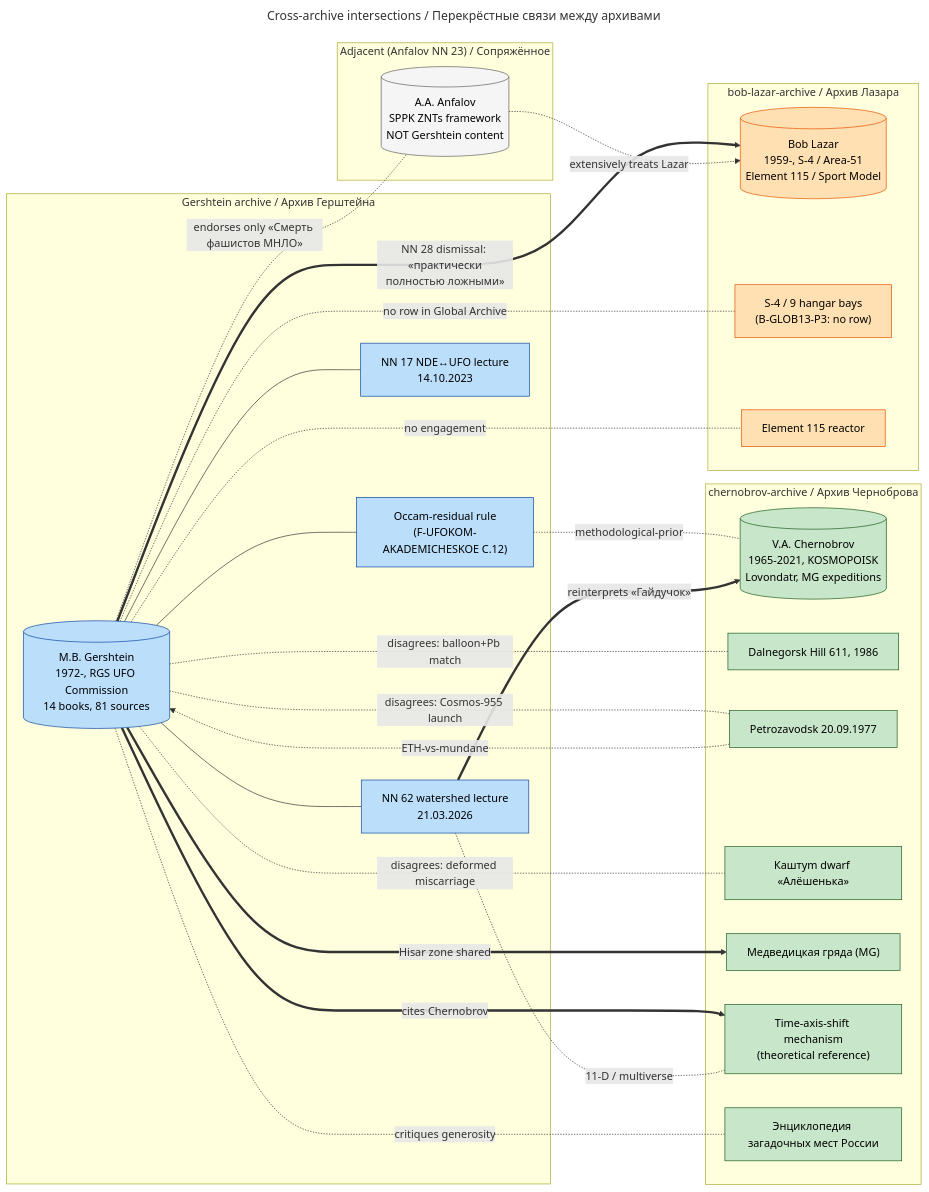
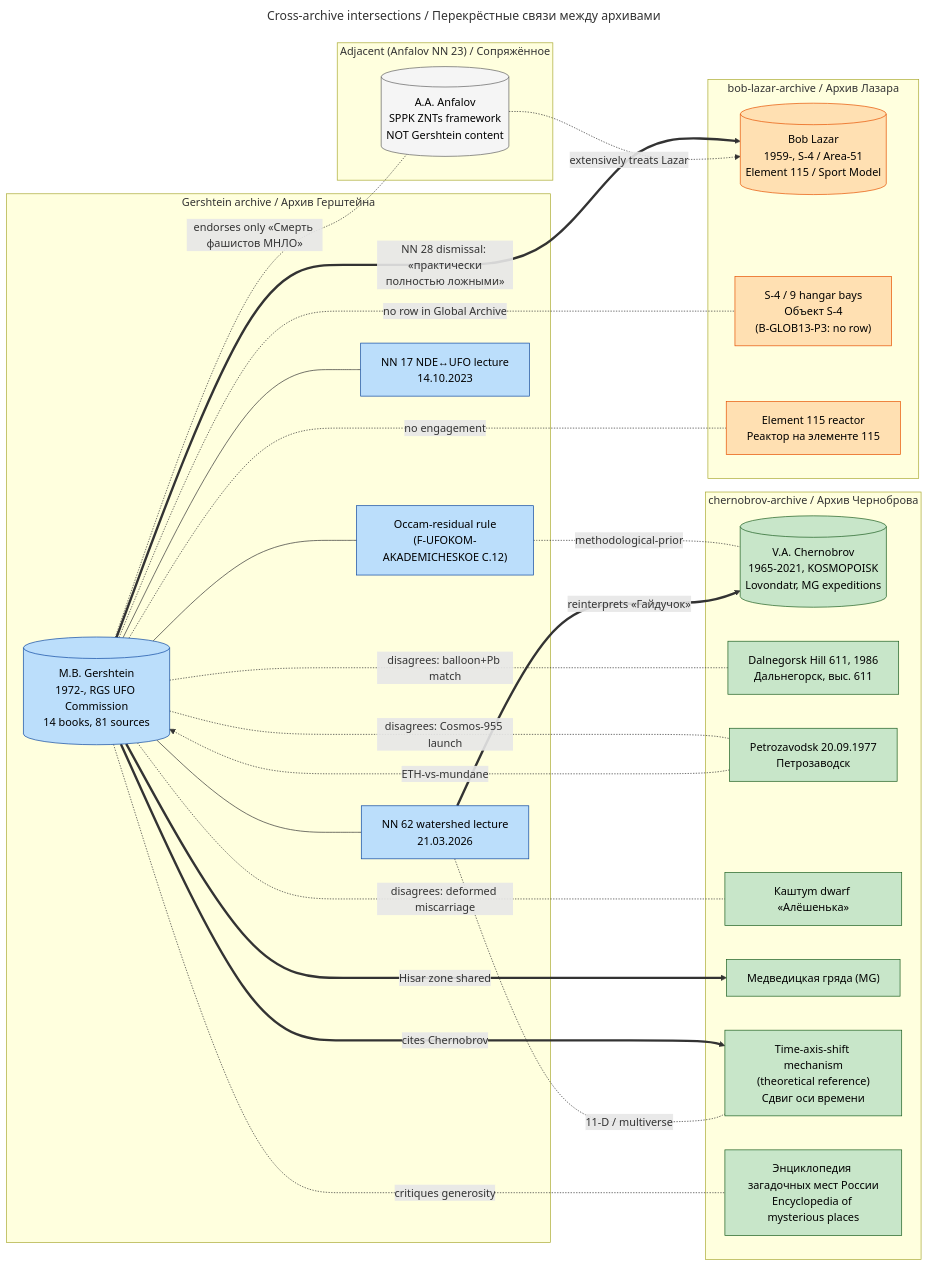
One commit to AdvancedScientificResearchProjects/UAP_Reverse_Engineering_Study changed the diagram in gershtein-archive/diagrams/cross_archive_intersections.mmd. Above: the diagram before and after it, drawn with Mermaid. The commit also changed 2 other files, not shown here.

Commit message:
fix(uap/gershtein): v0.5.5 — bilingual gaps in 3 diagram files (v3 audit residuals)
Per v3 bilingual re-audit (stricter scrutiny):

- numerical_params_table.svg footer line 3: RU mirror added (parity with
  lines 1-2; resolves MED-severity gap)
- cross_archive_intersections.mmd nodes DAL/PETR/TIME/ENC/S4/E115:
  bilingual EN/RU labels via <br/> separator (matches ALYO/MG sibling style)
- soviet_program_chain.mmd LATE subgraph title: bilingual EN/RU
  (parity with PRE/SETKA/POST/EXFIL convention)

PNG renders in rendered/ slightly stale until regenerate (label additions
only; visual narrative unchanged).

```diff
--- a/gershtein-archive/diagrams/cross_archive_intersections.mmd
+++ b/gershtein-archive/diagrams/cross_archive_intersections.mmd
@@ -1,68 +1,68 @@
 ---
 title: "Cross-archive intersections / Перекрёстные связи между архивами"
 ---
 %% EN: Edges from Gershtein corpus to chernobrov-archive and bob-lazar-archive.
 %% Solid edge = direct citation; dashed edge = methodological-prior disagreement;
 %% dotted edge = adjacent / curatorial-scope only.
 %% Source: §12 of MASTER (CROSS_chernobrov.md, CROSS_lazar.md citation maps).
 %% RU: Связи корпуса Герштейна с архивами Черноброва и Лазара.
 graph LR
     subgraph G["Gershtein archive / Архив Герштейна"]
         GS[("M.B. Gershtein<br/>1972-, RGS UFO Commission<br/>14 books, 81 sources")]
         OCCAM["Occam-residual rule<br/>(F-UFOKOM-AKADEMICHESKOE C.12)"]
         NN62["NN 62 watershed lecture<br/>21.03.2026"]
         NN17["NN 17 NDE↔UFO lecture<br/>14.10.2023"]
     end
 
     subgraph C["chernobrov-archive / Архив Черноброва"]
         CB[("V.A. Chernobrov<br/>1965-2021, KOSMOPOISK<br/>Lovondatr, MG expeditions")]
-        DAL["Dalnegorsk Hill 611, 1986"]
-        PETR["Petrozavodsk 20.09.1977"]
+        DAL["Dalnegorsk Hill 611, 1986<br/>Дальнегорск, выс. 611"]
+        PETR["Petrozavodsk 20.09.1977<br/>Петрозаводск"]
         ALYO["Кaштym dwarf «Алёшенька»"]
         MG["Медведицкая гряда (MG)"]
-        TIME["Time-axis-shift mechanism<br/>(theoretical reference)"]
-        ENC["Энциклопедия загадочных мест России"]
+        TIME["Time-axis-shift mechanism<br/>(theoretical reference)<br/>Сдвиг оси времени"]
+        ENC["Энциклопедия загадочных мест России<br/>Encyclopedia of mysterious places"]
     end
 
     subgraph L["bob-lazar-archive / Архив Лазара"]
         BL[("Bob Lazar<br/>1959-, S-4 / Area-51<br/>Element 115 / Sport Model")]
-        S4["S-4 / 9 hangar bays<br/>(B-GLOB13-P3: no row)"]
-        E115["Element 115 reactor"]
+        S4["S-4 / 9 hangar bays<br/>Объект S-4<br/>(B-GLOB13-P3: no row)"]
+        E115["Element 115 reactor<br/>Реактор на элементе 115"]
     end
 
     subgraph A["Adjacent (Anfalov NN 23) / Сопряжённое"]
         ANF[("A.A. Anfalov<br/>SPPK ZNTs framework<br/>NOT Gershtein content")]
     end
 
     GS --- OCCAM
     GS --- NN62
     GS --- NN17
 
     OCCAM -. methodological-prior .- CB
     PETR -. ETH-vs-mundane .-> GS
     GS -.disagrees: Cosmos-955 launch.- PETR
     GS -.disagrees: balloon+Pb match.- DAL
     GS -.disagrees: deformed miscarriage.- ALYO
     GS ==>|Hisar zone shared| MG
     GS ==>|cites Chernobrov| TIME
     NN62 ==>|reinterprets «Гайдучок»| CB
     GS -.critiques generosity.- ENC
 
     NN62 -. 11-D / multiverse .- TIME
 
     GS ==>|NN 28 dismissal: «практически<br/>полностью ложными»| BL
     GS -.no row in Global Archive.- S4
     GS -.no engagement.- E115
 
     ANF -. extensively treats Lazar .-> BL
     GS -.endorses only «Смерть фашистов МНЛО».- ANF
 
     classDef ger fill:#bbdefb,stroke:#0d47a1,color:#000
     classDef chr fill:#c8e6c9,stroke:#1b5e20,color:#000
     classDef laz fill:#ffe0b2,stroke:#e65100,color:#000
     classDef adj fill:#f5f5f5,stroke:#616161,color:#000
 
     class GS,OCCAM,NN62,NN17 ger
     class CB,DAL,PETR,ALYO,MG,TIME,ENC chr
     class BL,S4,E115 laz
     class ANF adj
```
